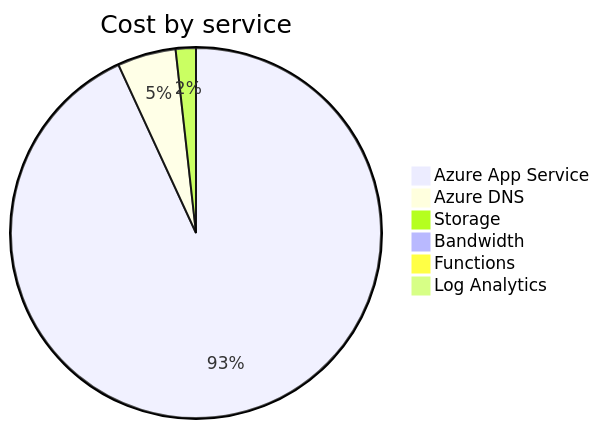
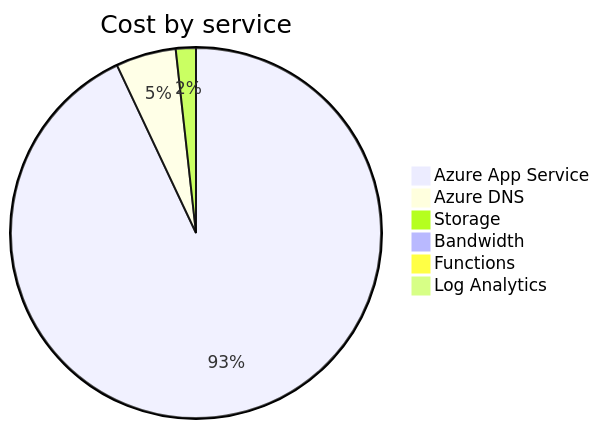
Before and after one commit to jpfulton/azure-personal-reports: the second of 4 diagrams in cost-reports/accumulated-cost.md, drawn with Mermaid. The commit also changed other lines of this file and 4 other files, not shown here.

````diff
--- a/cost-reports/accumulated-cost.md
+++ b/cost-reports/accumulated-cost.md
@@ -100,10 +100,10 @@
 ```mermaid
 pie
    title Cost by service
-   "Azure App Service" : 5.28
-   "Azure DNS" : 0.29
-   "Storage" : 0.10
+   "Azure App Service" : 5.84
+   "Azure DNS" : 0.33
+   "Storage" : 0.11
    "Bandwidth" : 0.00
    "Functions" : 0.00
    "Log Analytics" : 0.00
 ```
````
